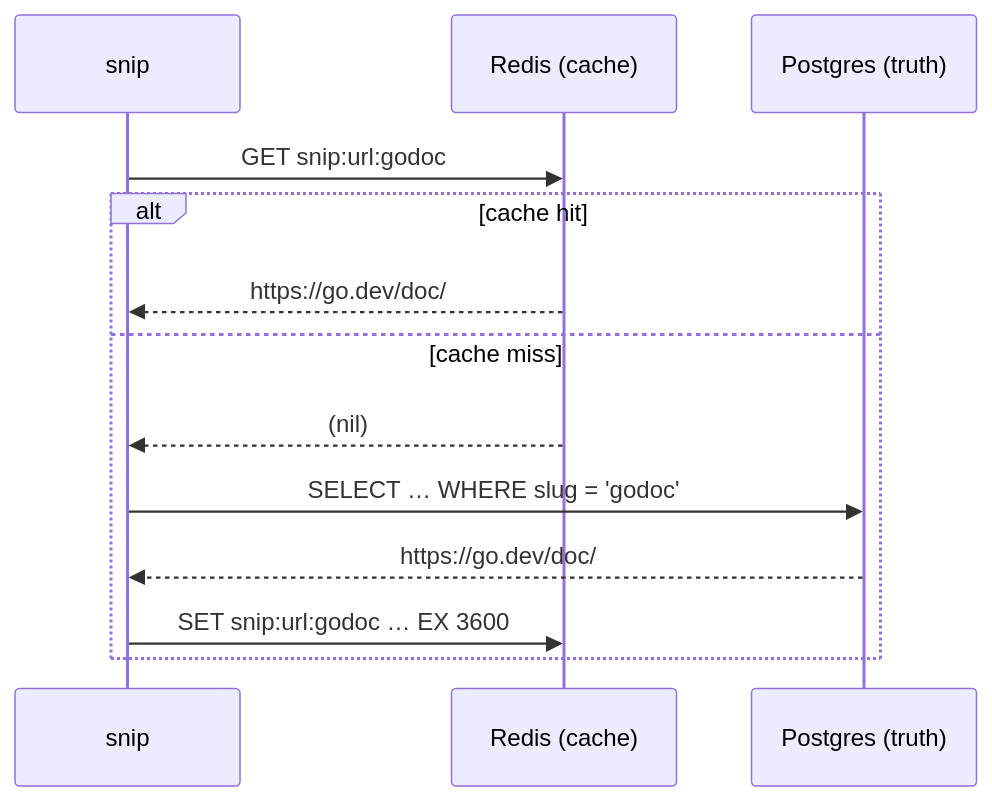
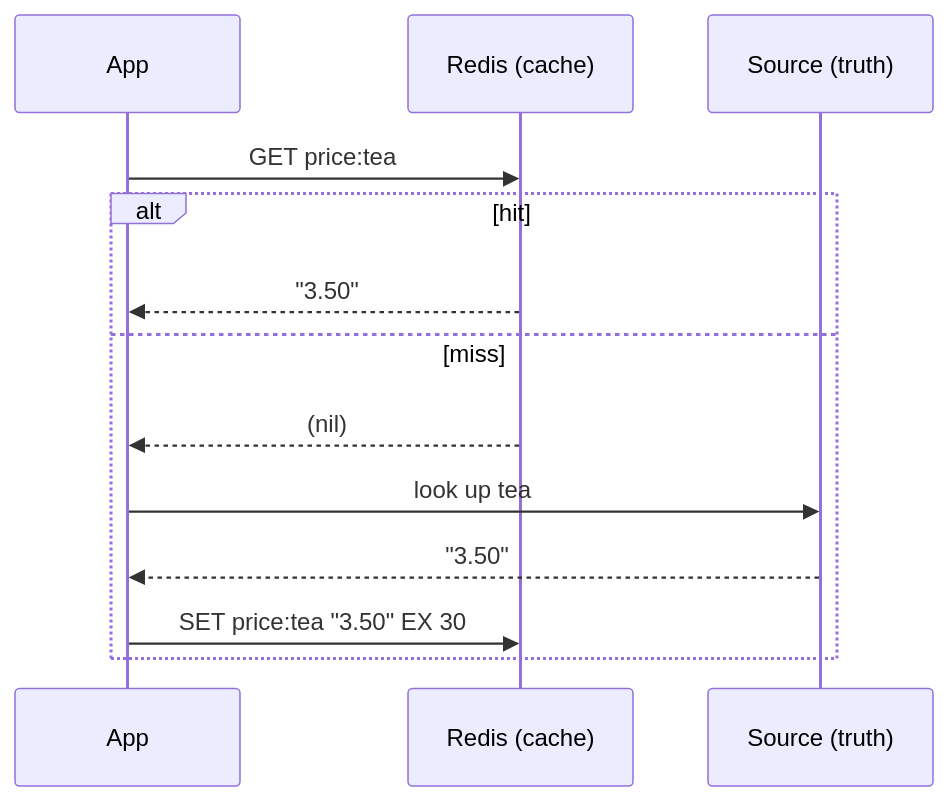
One commit to jawwadzafar/zero-to-prod changed the second of 3 diagrams in docs/data/redis-and-caching.mdx. Above: the diagram before and after it, drawn with Mermaid. The commit also changed other lines of this file and 4 other files, not shown here.

````diff
--- a/docs/data/redis-and-caching.mdx
+++ b/docs/data/redis-and-caching.mdx
@@ -63,15 +89,15 @@
 ```mermaid
 sequenceDiagram
-    participant S as snip
+    participant A as App
     participant R as Redis (cache)
-    participant P as Postgres (truth)
-    S->>R: GET snip:url:godoc
-    alt cache hit
-        R-->>S: https://go.dev/doc/
-    else cache miss
-        R-->>S: (nil)
-        S->>P: SELECT … WHERE slug = 'godoc'
-        P-->>S: https://go.dev/doc/
-        S->>R: SET snip:url:godoc … EX 3600
+    participant S as Source (truth)
+    A->>R: GET price:tea
+    alt hit
+        R-->>A: "3.50"
+    else miss
+        R-->>A: (nil)
+        A->>S: look up tea
+        S-->>A: "3.50"
+        A->>R: SET price:tea "3.50" EX 30
     end
 ```
````
